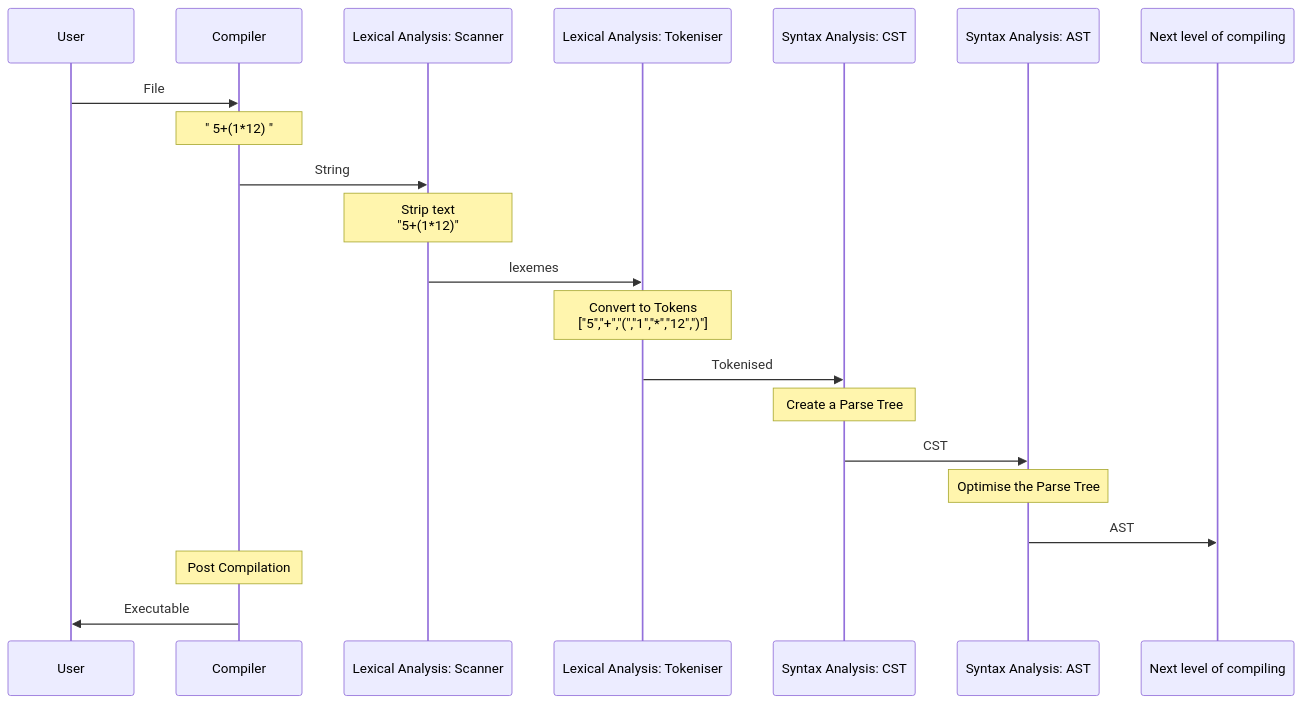
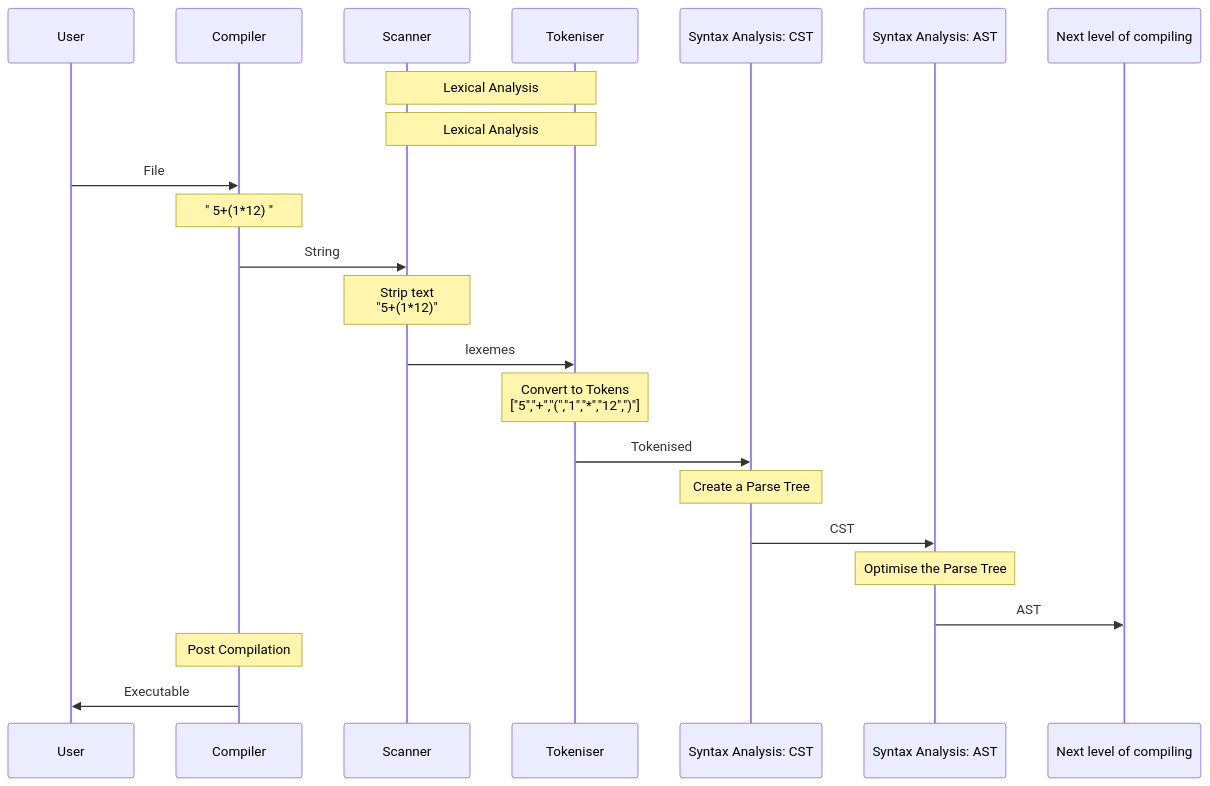
Before and after one commit to trshant-sugoi/stackedit: the diagram in drafts/2019-02-25-Compiler-I-AST.md, drawn with Mermaid. The commit also changed other lines of this file, not shown here.

````diff
--- a/drafts/2019-02-25-Compiler-I-AST.md
+++ b/drafts/2019-02-25-Compiler-I-AST.md
@@ -18,23 +18,25 @@
 ```mermaid
 sequenceDiagram
 participant U as User  
 participant C as Compiler   
-participant S as Lexical Analysis: Scanner
-participant T as Lexical Analysis: Tokeniser   
+participant S as Scanner
+participant T as Tokeniser   
 participant SA1 as Syntax Analysis: CST
 participant SA2 as Syntax Analysis: AST 
 
+Note over S,T: Lexical Analysis
+Note over S,T: Lexical Analysis
 U ->> C  : File  
 Note over C: " 5+(1*12) "
 C ->> S  : String
 Note over S: Strip text <br/>"5+(1*12)"
 S ->> T  : lexemes  
 Note over T: Convert to Tokens<br/>["5","+","(","1","*","12",")"]
 T ->> SA1 : Tokenised   
 Note over SA1: Create a Parse Tree
 SA1  ->> SA2 : CST
 Note over SA2: Optimise the Parse Tree
 SA2  ->> Next level of compiling: AST 
 Note over C: Post Compilation
 C ->> U: Executable  
 ```  
````
